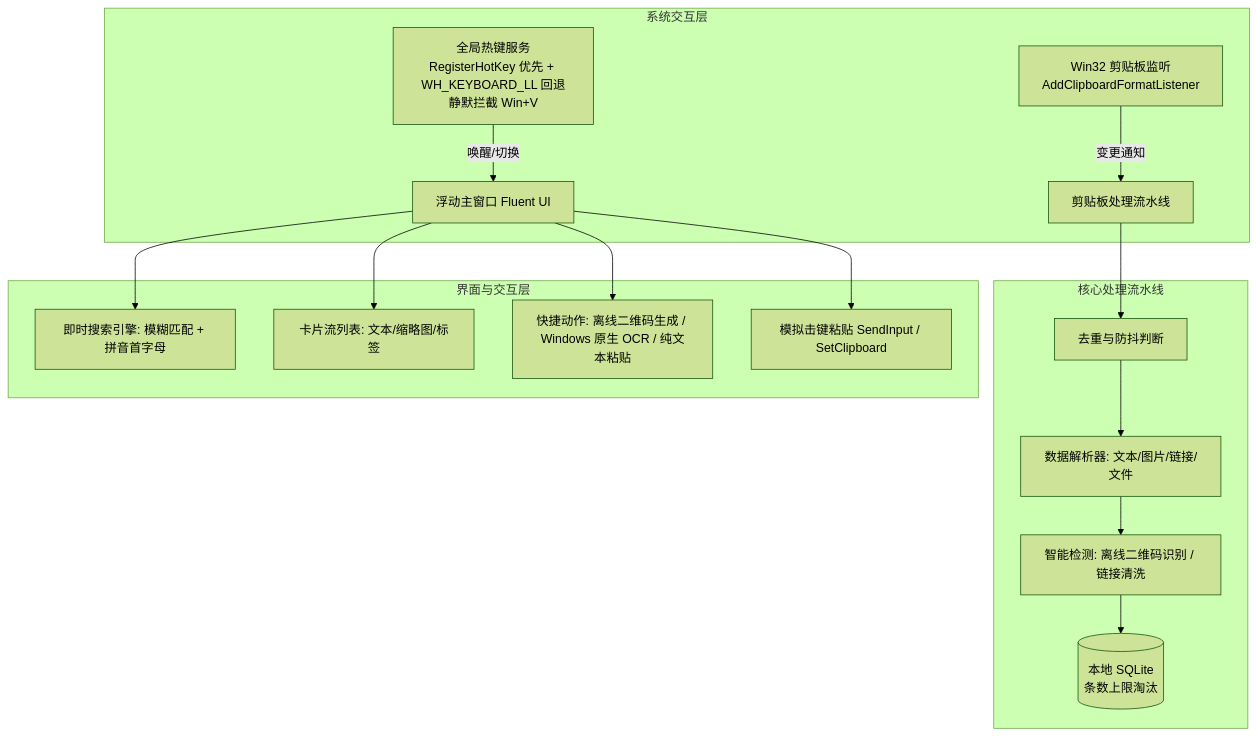
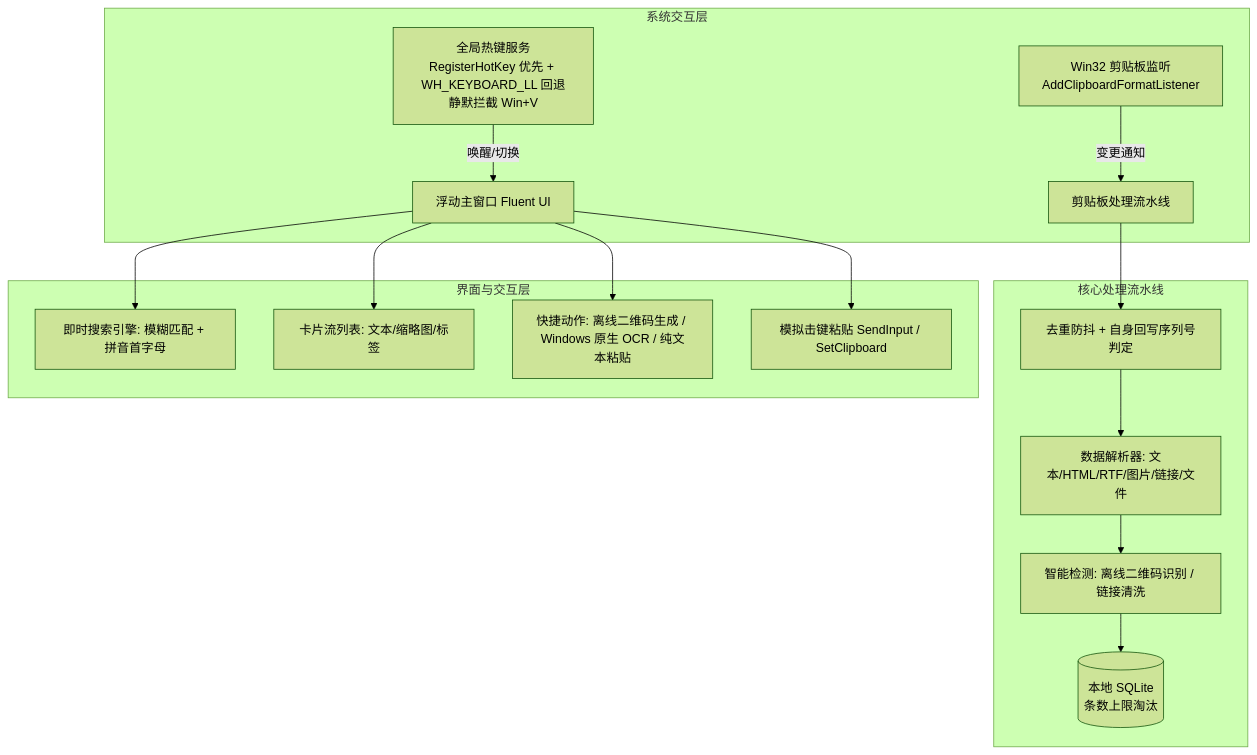
The diagram in docs/DESIGN.md (soldier-cv/quick-clip), drawn with Mermaid (forest theme) before and after one commit. The commit also changed other lines of this file and 26 other files, not shown here.

````diff
--- a/docs/DESIGN.md
+++ b/docs/DESIGN.md
@@ -9,21 +9,21 @@
 ```mermaid
 graph TD
     subgraph 系统交互层
         HK[全局热键服务<br>RegisterHotKey 优先 + WH_KEYBOARD_LL 回退<br>静默拦截 Win+V] -->|唤醒/切换| UI[浮动主窗口 Fluent UI]
         CBM[Win32 剪贴板监听<br>AddClipboardFormatListener] -->|变更通知| PIPE[剪贴板处理流水线]
     end
 
     subgraph 核心处理流水线
-        PIPE --> DEDUP[去重与防抖判断]
-        DEDUP --> PARSER[数据解析器: 文本/图片/链接/文件]
+        PIPE --> DEDUP[去重防抖 + 自身回写序列号判定]
+        DEDUP --> PARSER[数据解析器: 文本/HTML/RTF/图片/链接/文件]
         PARSER --> SMART[智能检测: 离线二维码识别 / 链接清洗]
         SMART --> DB[(本地 SQLite<br>条数上限淘汰)]
     end
 
     subgraph 界面与交互层
         UI --> SEARCH[即时搜索引擎: 模糊匹配 + 拼音首字母]
         UI --> LIST[卡片流列表: 文本/缩略图/标签]
         UI --> ACTIONS[快捷动作: 离线二维码生成 / Windows 原生 OCR / 纯文本粘贴]
         UI --> PASTE[模拟击键粘贴 SendInput / SetClipboard]
     end
 ```
````
